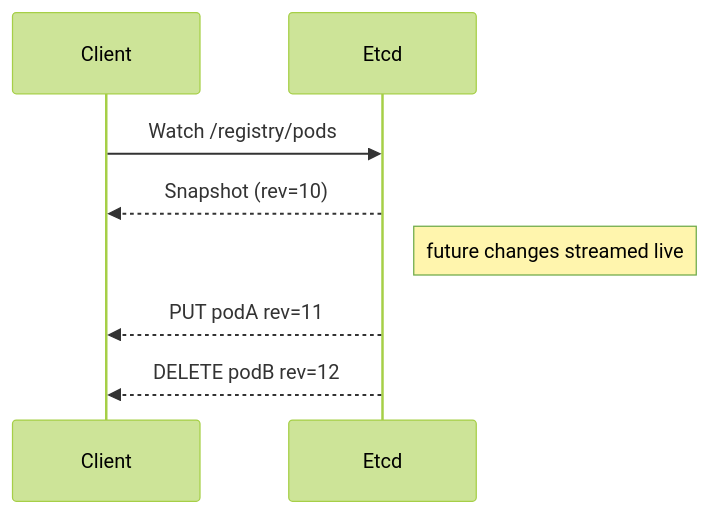
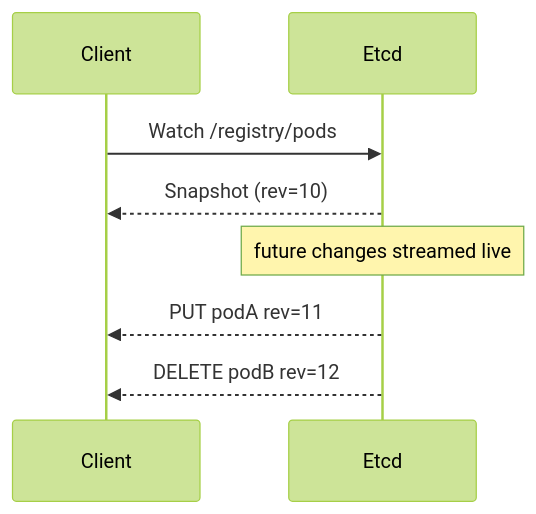
Before and after one commit to hadywafa/DevOpsHub: the fifth of 10 diagrams in 4.k8s/k8s-internals/etc-internals/etcd-internals.md, drawn with Mermaid (forest theme). The commit also changed other lines of this file and 2 other files, not shown here.

````diff
--- a/4.k8s/k8s-internals/etc-internals/etcd-internals.md
+++ b/4.k8s/k8s-internals/etc-internals/etcd-internals.md
@@ -191,10 +223,10 @@
 ```mermaid
 sequenceDiagram
   participant Client
   participant Etcd
   Client->>Etcd: Watch /registry/pods
   Etcd-->>Client: Snapshot (rev=10)
-  Note right of Etcd: future changes streamed live
+  Note over Etcd: future changes streamed live
   Etcd-->>Client: PUT podA rev=11
   Etcd-->>Client: DELETE podB rev=12
 ```
````
